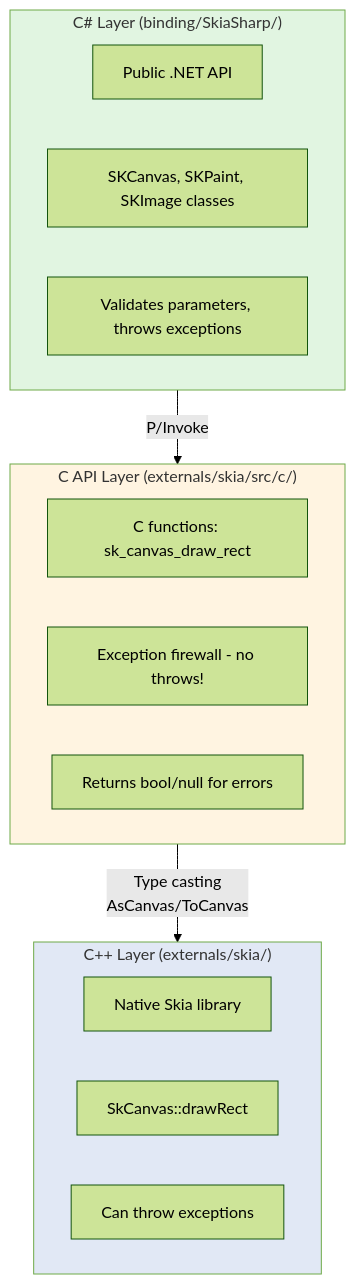
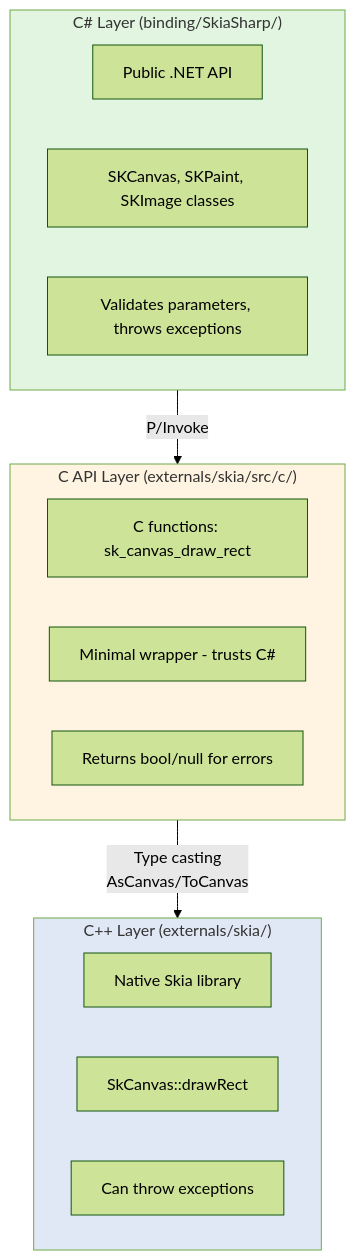
The first of 2 diagrams in design/QUICKSTART.md (mono/SkiaSharp), drawn with Mermaid (forest theme) before and after one commit. The commit also changed other lines of this file and 6 other files, not shown here.

````diff
--- a/design/QUICKSTART.md
+++ b/design/QUICKSTART.md
@@ -24,27 +24,27 @@
 ```mermaid
 graph TB
     subgraph CSharp["C# Layer (binding/SkiaSharp/)"]
         CS1[Public .NET API]
         CS2[SKCanvas, SKPaint, SKImage classes]
         CS3[Validates parameters, throws exceptions]
     end
     
     subgraph CAPI["C API Layer (externals/skia/src/c/)"]
         C1[C functions: sk_canvas_draw_rect]
-        C2[Exception firewall - no throws!]
+        C2[Minimal wrapper - trusts C#]
         C3[Returns bool/null for errors]
     end
     
     subgraph CPP["C++ Layer (externals/skia/)"]
         CPP1[Native Skia library]
         CPP2[SkCanvas::drawRect]
         CPP3[Can throw exceptions]
     end
     
     CSharp -->|P/Invoke| CAPI
     CAPI -->|Type casting<br/>AsCanvas/ToCanvas| CPP
     
     style CSharp fill:#e1f5e1
     style CAPI fill:#fff4e1
     style CPP fill:#e1e8f5
 ```
````
